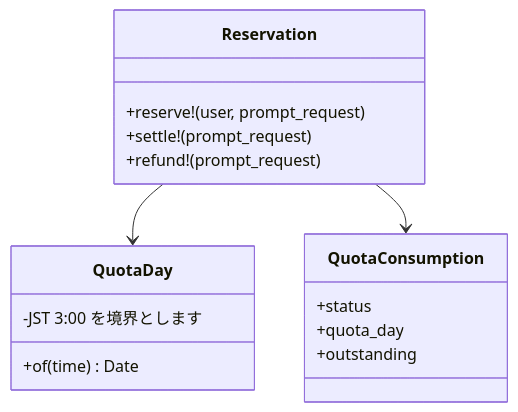
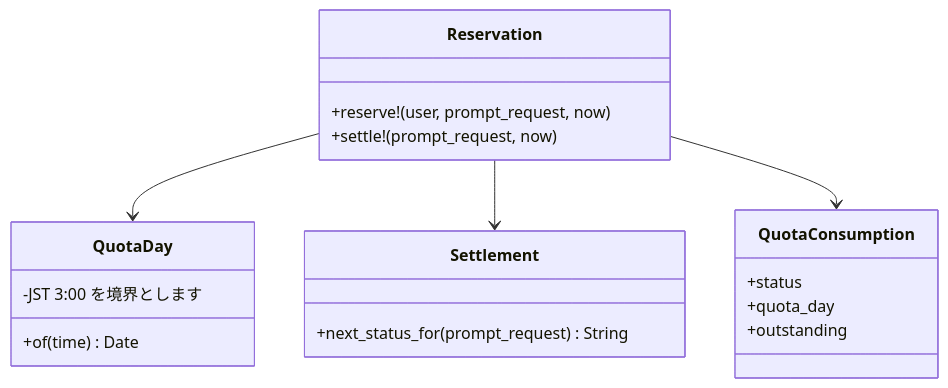
The fourth of 5 diagrams in SPEC/class.md (rictaworks/hero-prompt-forge), drawn with Mermaid before and after one commit. The commit also changed other lines of this file and 9 other files, not shown here.

````diff
--- a/SPEC/class.md
+++ b/SPEC/class.md
@@ -146,20 +157,23 @@
 ```mermaid
 classDiagram
     class Reservation {
-        +reserve!(user, prompt_request)
-        +settle!(prompt_request)
-        +refund!(prompt_request)
+        +reserve!(user, prompt_request, now)
+        +settle!(prompt_request, now)
+    }
+    class Settlement {
+        +next_status_for(prompt_request) String
     }
     class QuotaDay {
         +of(time) Date
         -JST 3:00 を境界とします
     }
     class QuotaConsumption {
         +status
         +quota_day
         +outstanding
     }
 
     Reservation --> QuotaDay
+    Reservation --> Settlement
     Reservation --> QuotaConsumption
 ```
````
